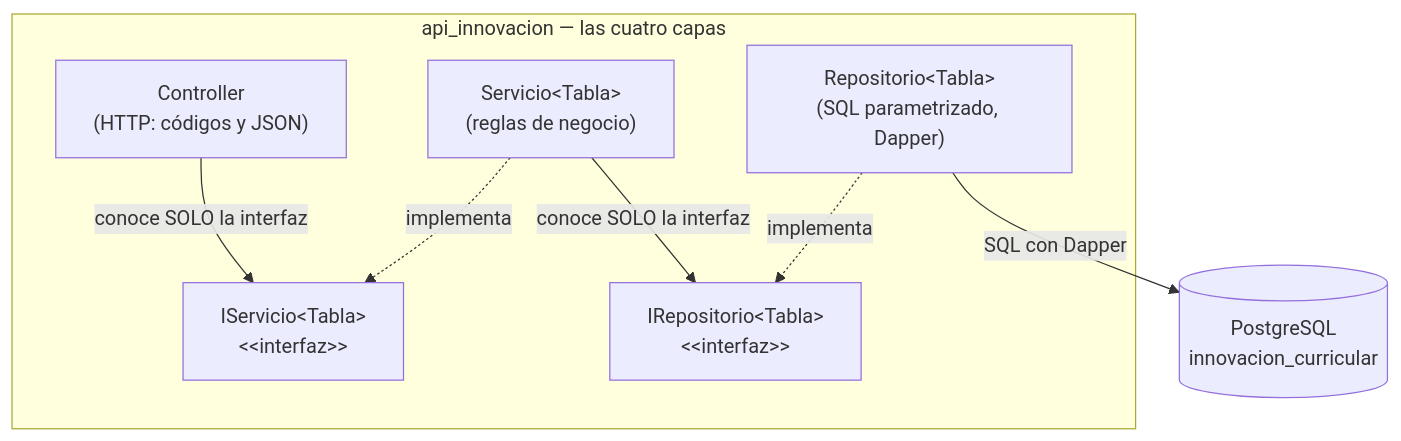
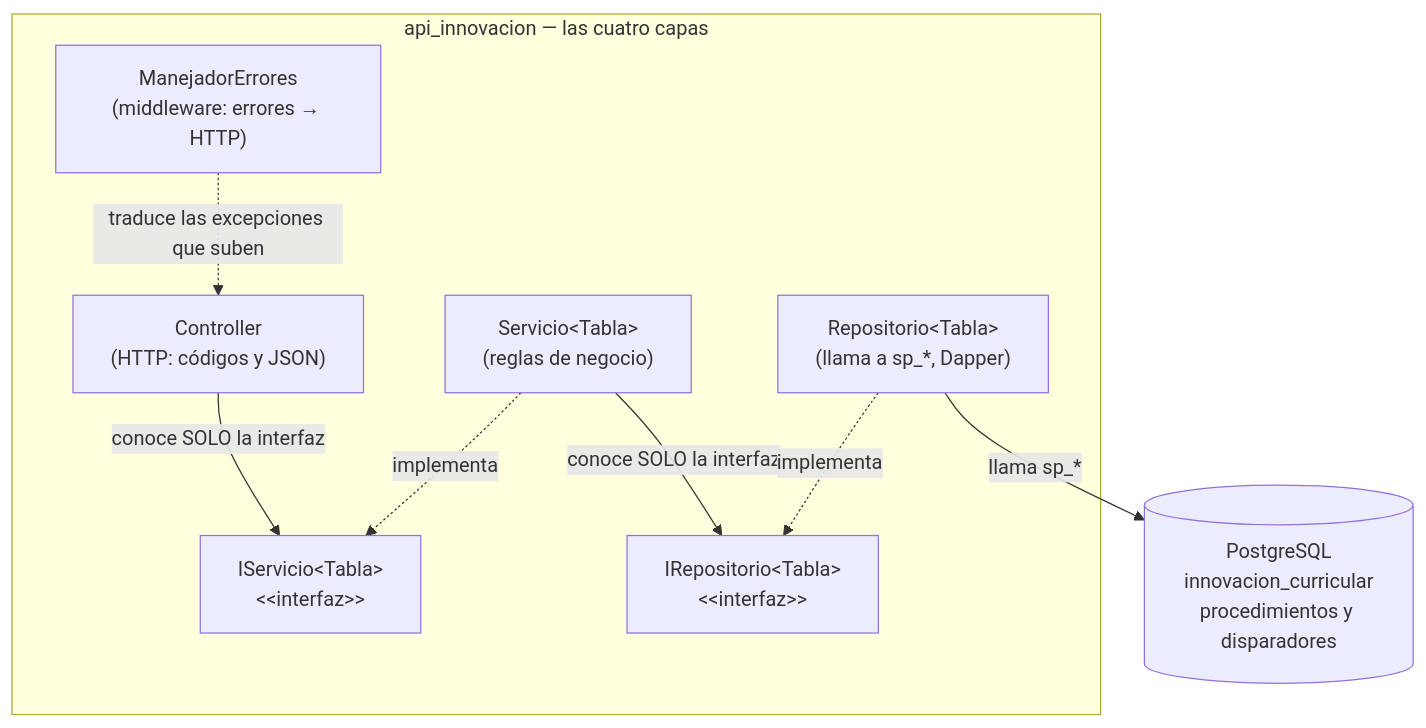
One commit to cesarluis2025/api-innovacion-curricular changed the diagram in docs/spec_kit/1_constitution.md. Above: the diagram before and after it, drawn with Mermaid. The commit also changed other lines of this file, not shown here.

Commit message:
docs: enmienda la constitucion para la version 2 (sql en procedimientos, 409, secretos)

````diff
--- a/docs/spec_kit/1_constitution.md
+++ b/docs/spec_kit/1_constitution.md
@@ -56,16 +64,18 @@
 ```mermaid
 flowchart TB
     subgraph API["api_innovacion — las cuatro capas"]
         C["Controller<br/>(HTTP: códigos y JSON)"]
         IS["IServicio&lt;Tabla&gt;<br/>&lt;&lt;interfaz&gt;&gt;"]
         S["Servicio&lt;Tabla&gt;<br/>(reglas de negocio)"]
         IR["IRepositorio&lt;Tabla&gt;<br/>&lt;&lt;interfaz&gt;&gt;"]
-        R["Repositorio&lt;Tabla&gt;<br/>(SQL parametrizado, Dapper)"]
+        R["Repositorio&lt;Tabla&gt;<br/>(llama a sp_*, Dapper)"]
+        M["ManejadorErrores<br/>(middleware: errores → HTTP)"]
     end
-    BD[("PostgreSQL<br/>innovacion_curricular")]
+    BD[("PostgreSQL<br/>innovacion_curricular<br/>procedimientos y disparadores")]
     C -->|"conoce SOLO la interfaz"| IS
     S -.->|implementa| IS
     S -->|"conoce SOLO la interfaz"| IR
     R -.->|implementa| IR
-    R -->|"SQL con Dapper"| BD
+    R -->|"llama sp_*"| BD
+    M -.->|"traduce las excepciones que suben"| C
 ```
````
